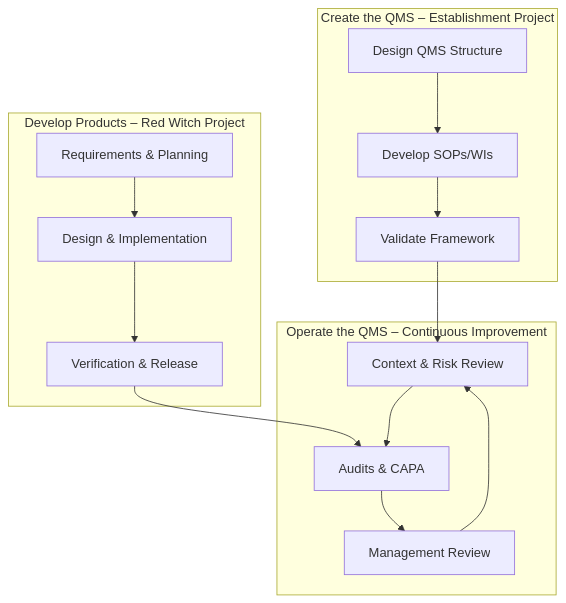
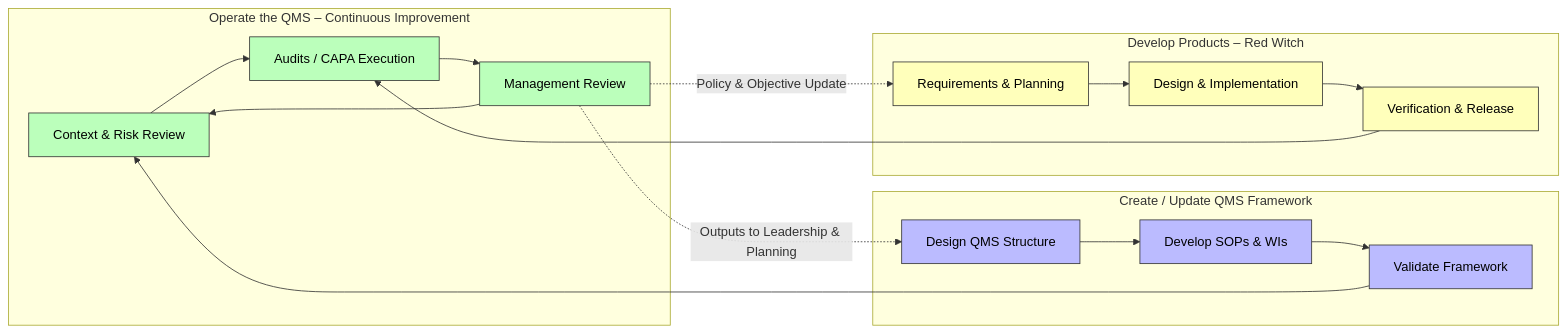
One commit to Floating-Eye-Software/fley-qms changed the second of 2 diagrams in QMS/Process-Map.md. Above: the diagram before and after it, drawn with Mermaid. The commit also changed other lines of this file and 6 other files, not shown here.

````diff
--- a/QMS/Process-Map.md
+++ b/QMS/Process-Map.md
@@ -77,16 +100,38 @@
 ```mermaid
-flowchart TD
+flowchart LR
+    %% COLORS
+    classDef qms fill:#bfb,stroke:#333,stroke-width:1px,color:#000;
+    classDef create fill:#bbf,stroke:#333,stroke-width:1px,color:#000;
+    classDef product fill:#ffb,stroke:#333,stroke-width:1px,color:#000;
+
+    %% QMS OPERATION
     subgraph Operate[Operate the QMS – Continuous Improvement]
-        A1[Context & Risk Review] --> A2[Audits & CAPA]
-        A2 --> A3[Management Review]
-        A3 --> A1
+        A1[Context & Risk Review]
+        A2[Audits / CAPA Execution]
+        A3[Management Review]
+        A1 --> A2 --> A3 --> A1
     end
-    subgraph Create[Create the QMS – Establishment Project]
-        B1[Design QMS Structure] --> B2[Develop SOPs/WIs] --> B3[Validate Framework]
-        B3 --> A1
+    class A1,A2,A3 qms
+
+    %% QMS CREATION
+    subgraph Create[Create / Update QMS Framework]
+        B1[Design QMS Structure]
+        B2[Develop SOPs & WIs]
+        B3[Validate Framework]
+        B1 --> B2 --> B3 --> A1
     end
-    subgraph Develop[Develop Products – Red Witch Project]
-        C1[Requirements & Planning] --> C2[Design & Implementation] --> C3[Verification & Release]
-        C3 --> A2
+    class B1,B2,B3 create
+
+    %% PRODUCT DEVELOPMENT
+    subgraph Develop[Develop Products – Red Witch]
+        C1[Requirements & Planning]
+        C2[Design & Implementation]
+        C3[Verification & Release]
+        C1 --> C2 --> C3 --> A2
     end
+    class C1,C2,C3 product
+
+    %% CONTINUAL IMPROVEMENT FEEDBACK
+    A3 -.Outputs to Leadership & Planning.-> B1
+    A3 -.Policy & Objective Update.-> C1
 ```
````
